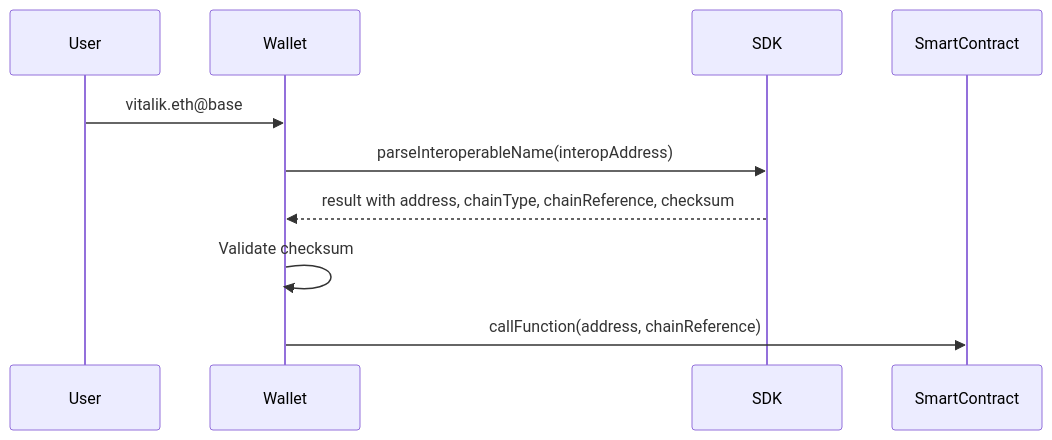
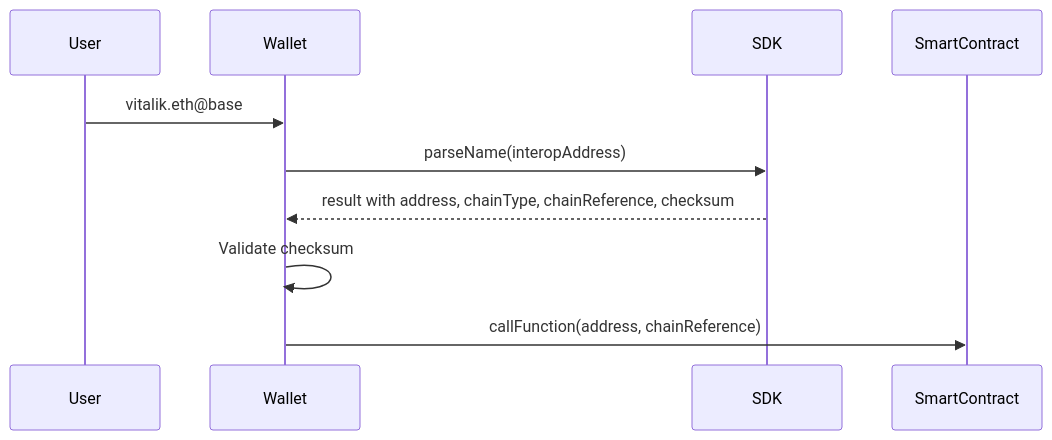
The diagram in apps/docs/docs/addresses/example.md (defi-wonderland/interop-sdk), drawn with Mermaid before and after one commit. The commit also changed other lines of this file and 22 other files, not shown here.

````diff
--- a/apps/docs/docs/addresses/example.md
+++ b/apps/docs/docs/addresses/example.md
@@ -21,13 +21,13 @@
 ```mermaid
 sequenceDiagram
     participant User
     participant Wallet
     participant SDK
     participant SmartContract
 
     User->>Wallet: vitalik.eth@base#4CA88C9C
-    Wallet->>SDK: parseInteroperableName(interopAddress)
+    Wallet->>SDK: parseName(interopAddress)
     SDK-->>Wallet: result with address, chainType, chainReference, checksum
     Wallet->>Wallet: Validate checksum
     Wallet->>SmartContract: callFunction(address, chainReference)
 ```
````
